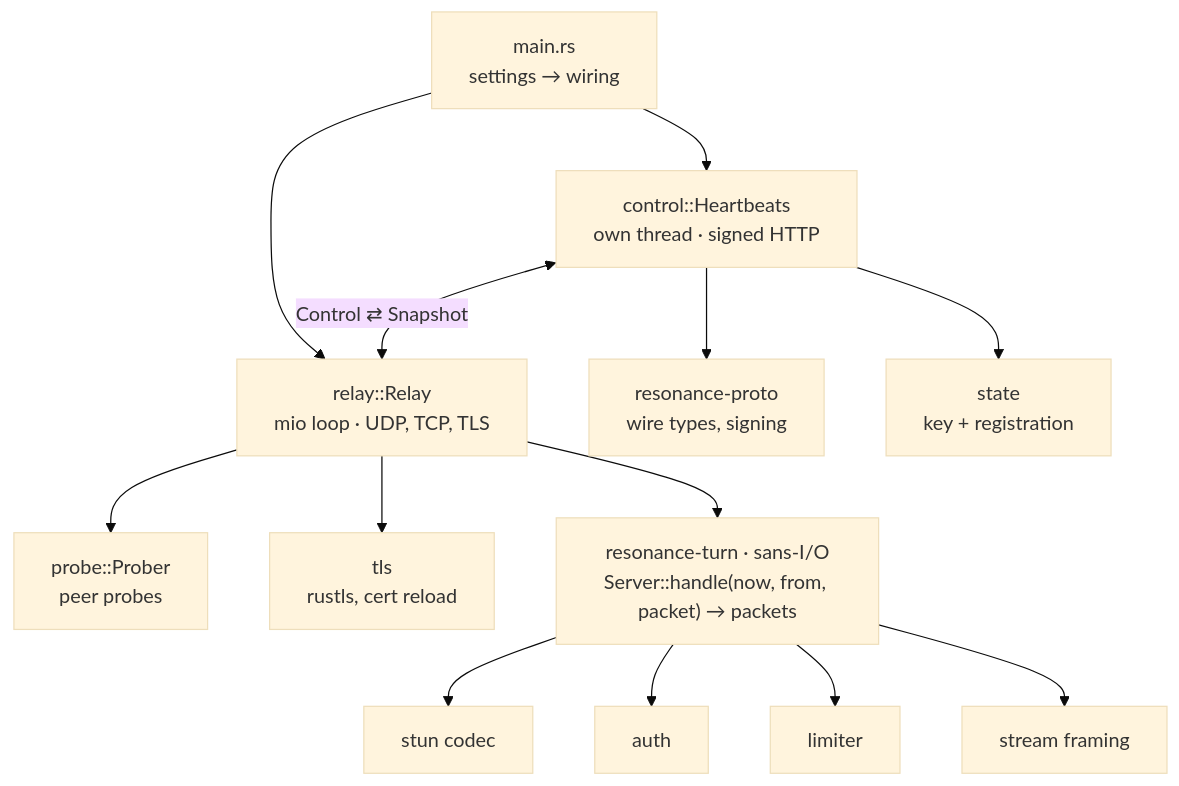
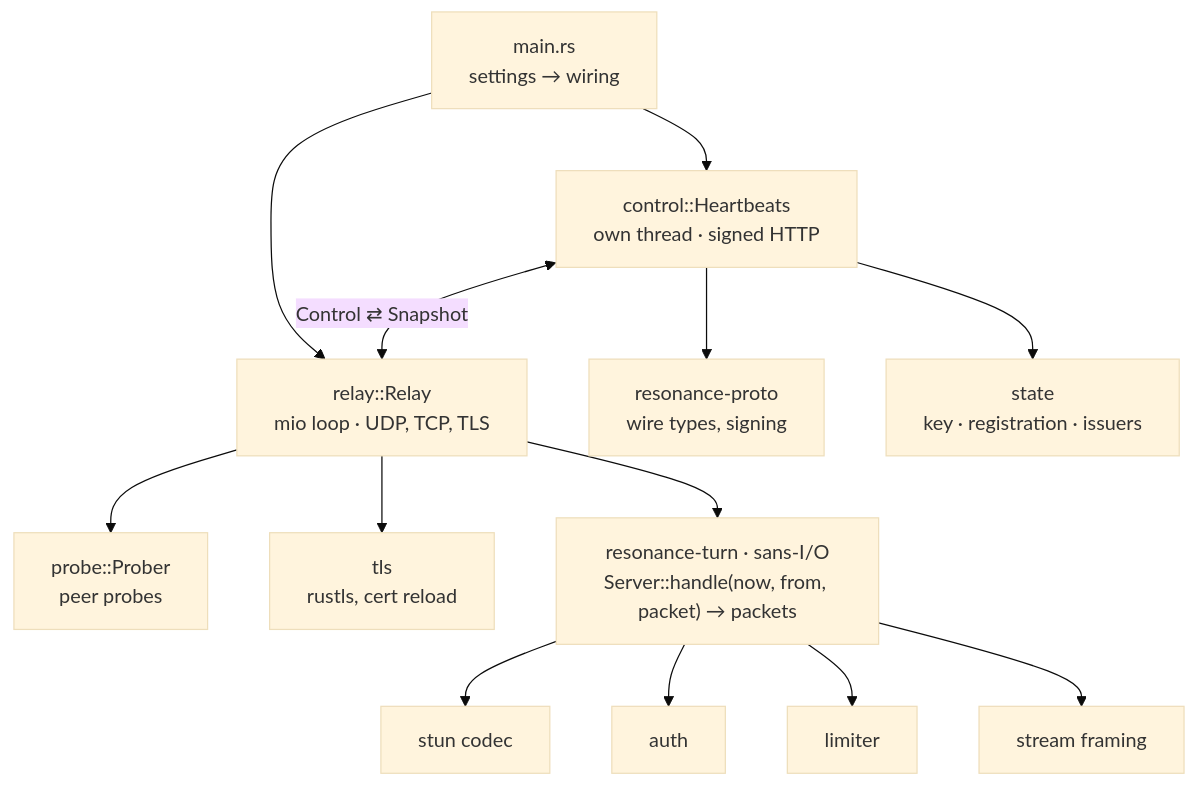
Before and after one commit to gamerelay/resonance: the second of 2 diagrams in docs/ARCHITECTURE.md, drawn with Mermaid (base theme). The commit also changed other lines of this file and 13 other files, not shown here.

````diff
--- a/docs/ARCHITECTURE.md
+++ b/docs/ARCHITECTURE.md
@@ -67,11 +67,11 @@
 ```mermaid
 flowchart TB
   MAIN["main.rs<br/>settings → wiring"] --> CTRL & RELAY
   CTRL["control::Heartbeats<br/>own thread · signed HTTP"] <-- "Control ⇄ Snapshot" --> RELAY["relay::Relay<br/>mio loop · UDP, TCP, TLS"]
   CTRL --> PROTO["resonance-proto<br/>wire types, signing"]
-  CTRL --> STATE["state<br/>key + registration"]
+  CTRL --> STATE["state<br/>key · registration · issuers"]
   RELAY --> PROBE["probe::Prober<br/>peer probes"]
   RELAY --> TLS["tls<br/>rustls, cert reload"]
   RELAY --> CORE["resonance-turn · sans-I/O<br/>Server::handle(now, from, packet) → packets"]
   CORE --> STUN[stun codec] & AUTH[auth] & LIM[limiter] & STREAM[stream framing]
 ```
````
